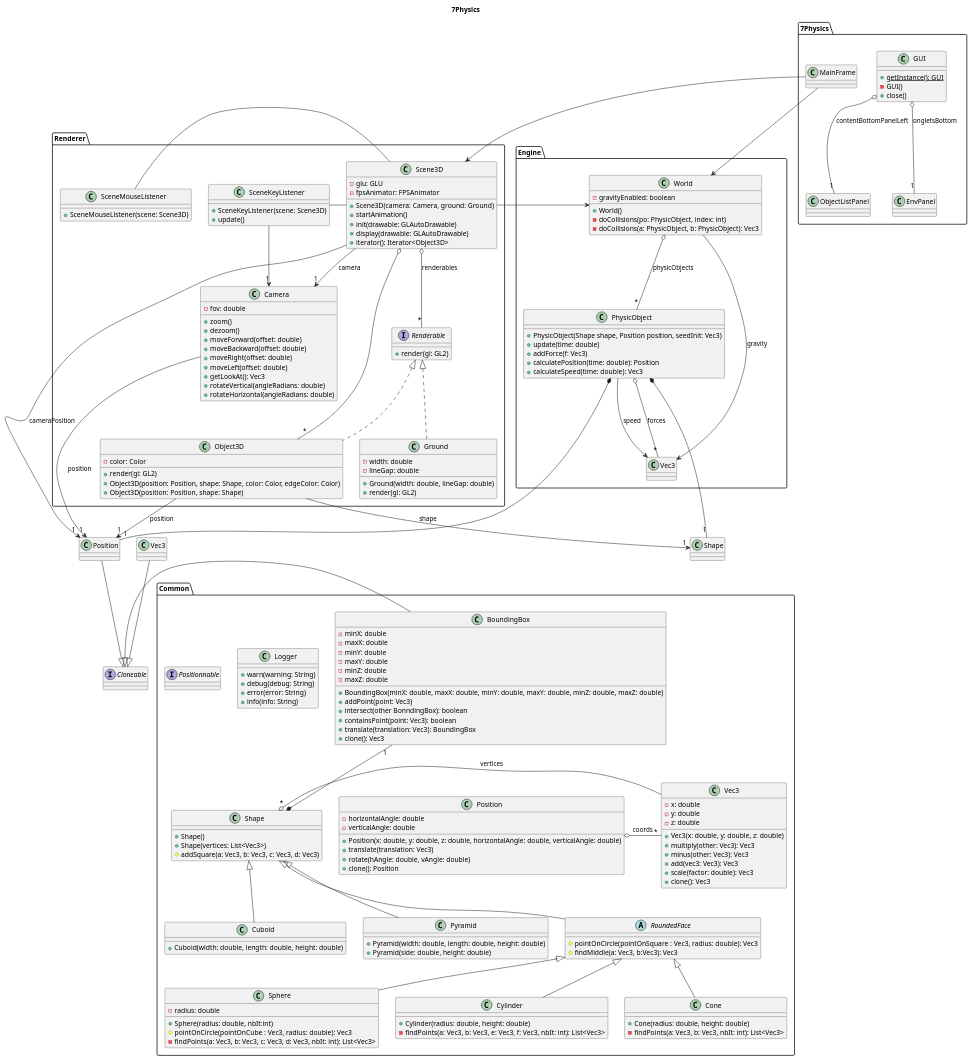
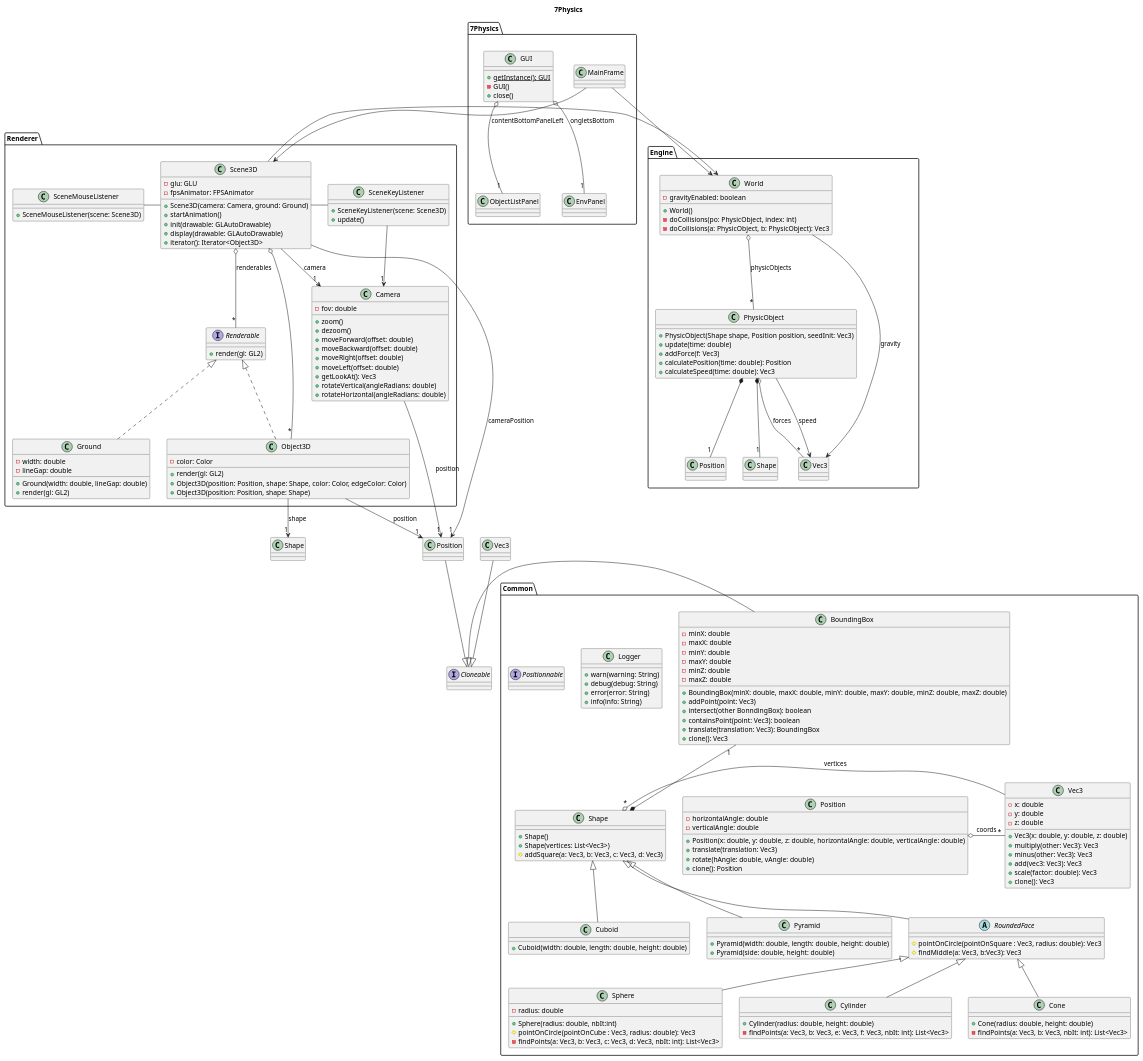
One commit to 7Physics/7Physics changed the diagram in class.plantuml. Above: the diagram before and after it, drawn with PlantUML.

```diff
--- a/class.plantuml
+++ b/class.plantuml
@@ -39,12 +39,14 @@
 
     World o--"*" PhysicObject: physicObjects
     World --> Vec3: gravity
+    
+    PhysicObject --> Vec3: speed
+    PhysicObject o--"*" Vec3: forces
+    PhysicObject *-- "1" Position
+    PhysicObject *-- "1" Shape
+
 }
 
-PhysicObject --> Vec3: speed
-PhysicObject o--"*" Vec3: forces
-PhysicObject *-- "1" Position
-PhysicObject *-- "1" Shape
 
 package Renderer {
     class Scene3D {
```
